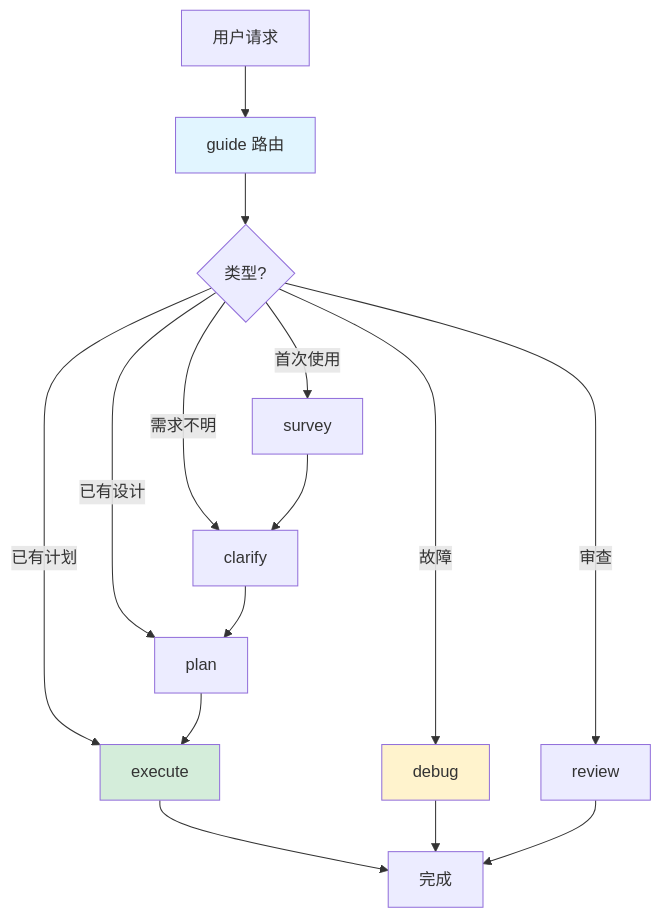
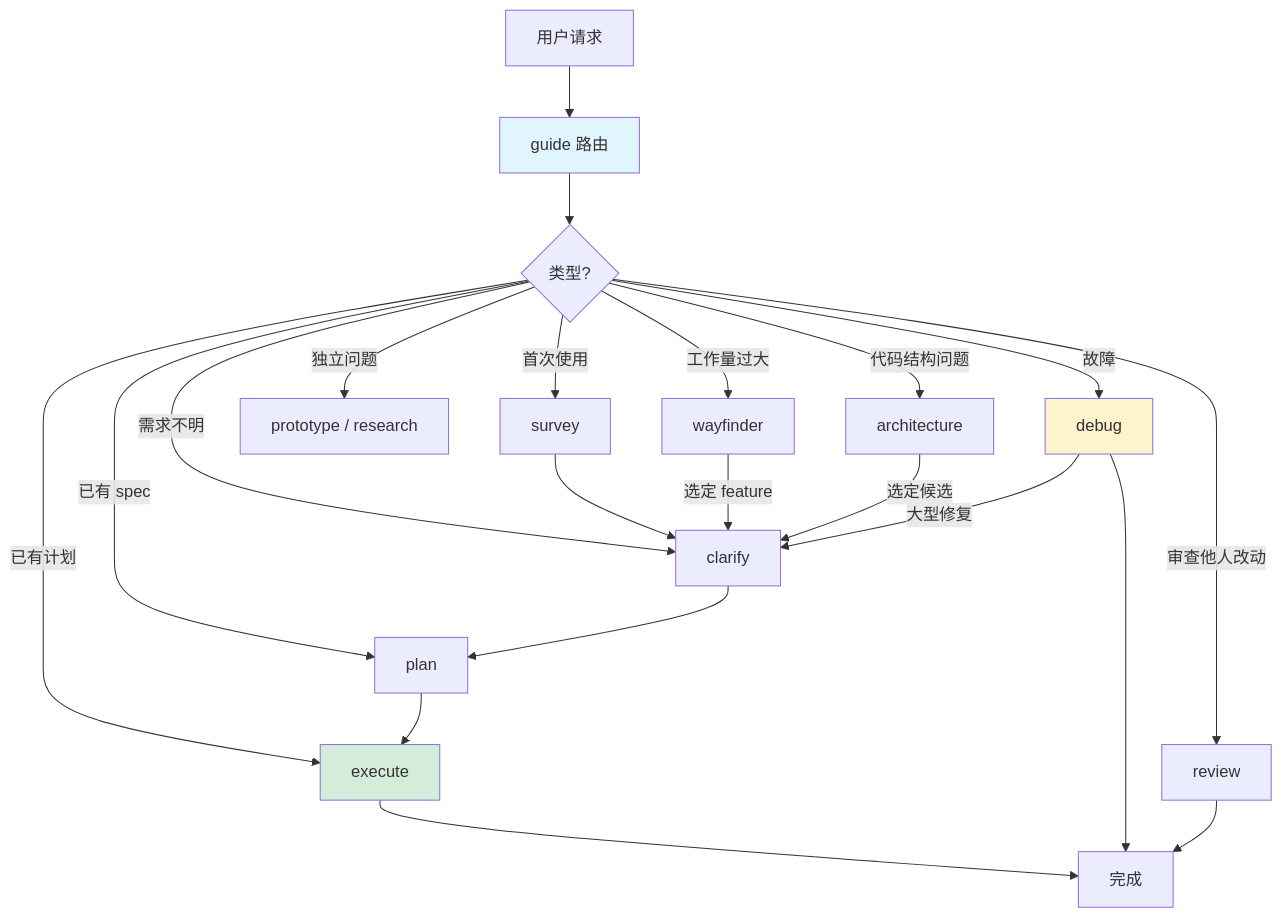
One commit to iron6909/coding-skills changed the diagram in README.md. Above: the diagram before and after it, drawn with Mermaid. The commit also changed other lines of this file and 6 other files, not shown here.

````diff
--- a/README.md
+++ b/README.md
@@ -29,22 +27,28 @@
 ```mermaid
 graph TD
     A[用户请求] --> B[guide 路由]
     B --> C{类型?}
     C -->|首次使用| D[survey]
     C -->|需求不明| E[clarify]
-    C -->|已有设计| F[plan]
+    C -->|已有 spec| F[plan]
     C -->|已有计划| G[execute]
     C -->|故障| H[debug]
-    C -->|审查| I[review]
-    
+    C -->|审查他人改动| I[review]
+    C -->|工作量过大| K[wayfinder]
+    C -->|独立问题| L[prototype / research]
+    C -->|代码结构问题| M[architecture]
+
     D --> E
     E --> F
     F --> G
     G --> J[完成]
     H --> J
     I --> J
-    
+    K -->|选定 feature| E
+    M -->|选定候选| E
+    H -->|大型修复| E
+
     style B fill:#e1f5ff
     style G fill:#d4edda
     style H fill:#fff3cd
 ```
````
